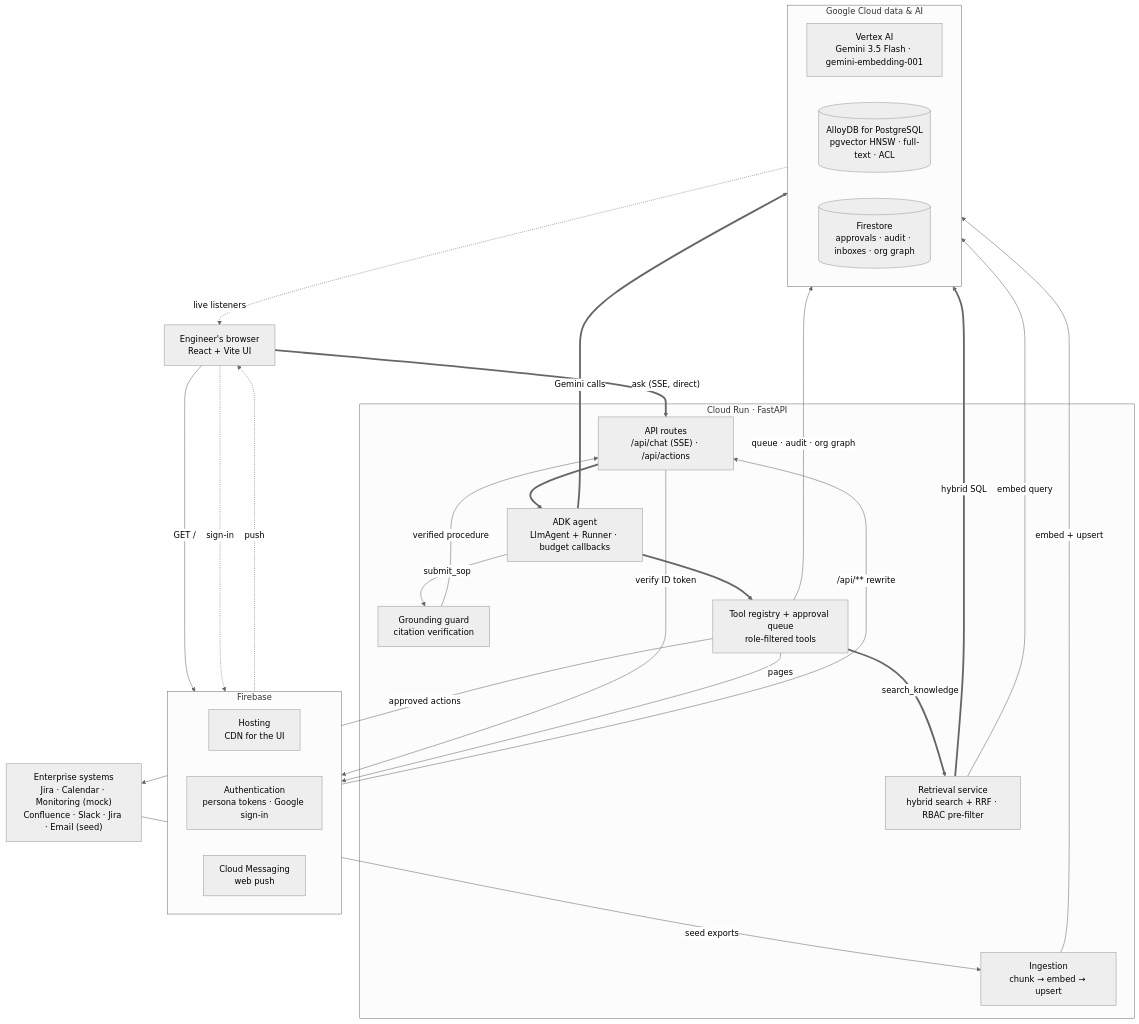
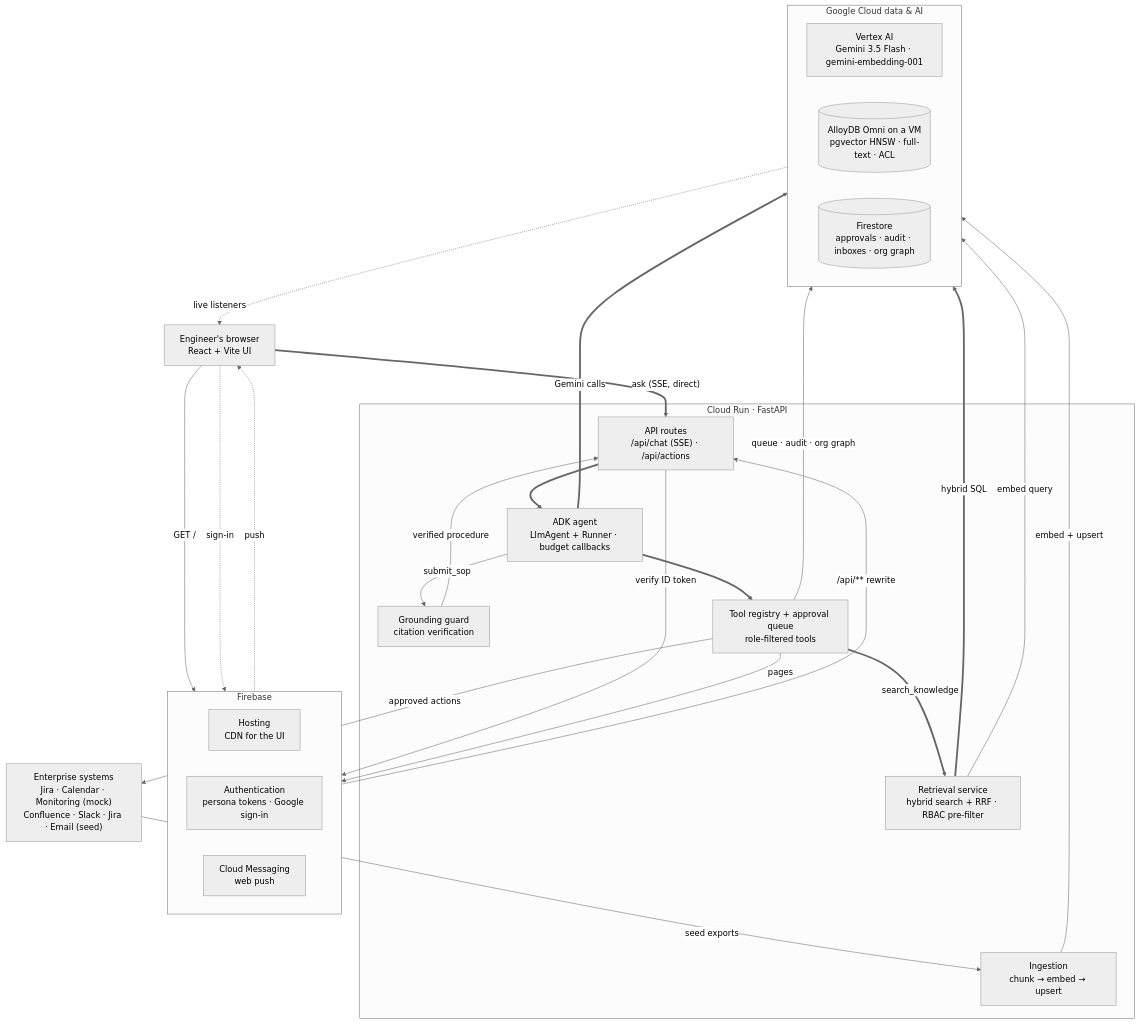
One commit to naveenam-dev/AIBuilderCupRepo changed the first of 2 diagrams in README.md. Above: the diagram before and after it, drawn with Mermaid (neutral theme). The commit also changed other lines of this file and 11 other files, not shown here.

First line of the commit message:
Move the knowledge store to AlloyDB Omni on a Compute Engine VM

````diff
--- a/README.md
+++ b/README.md
@@ -11,50 +11,50 @@
 ```mermaid
 flowchart TB
     U["Engineer's browser<br/>React + Vite UI"]
 
     subgraph FB["Firebase"]
         direction LR
         H["Hosting<br/>CDN for the UI"]
         AUTH["Authentication<br/>persona tokens · Google sign-in"]
         FCM["Cloud Messaging<br/>web push"]
     end
 
     subgraph CR["Cloud Run · FastAPI"]
         API["API routes<br/>/api/chat (SSE) · /api/actions"]
         AGENT["ADK agent<br/>LlmAgent + Runner · budget callbacks"]
         GUARD["Grounding guard<br/>citation verification"]
         TOOLS["Tool registry + approval queue<br/>role-filtered tools"]
         RET["Retrieval service<br/>hybrid search + RRF · RBAC pre-filter"]
         ING["Ingestion<br/>chunk → embed → upsert"]
     end
 
     subgraph DATA["Google Cloud data & AI"]
         direction LR
         VX["Vertex AI<br/>Gemini 3.5 Flash · gemini-embedding-001"]
-        ADB[("AlloyDB for PostgreSQL<br/>pgvector HNSW · full-text · ACL")]
+        ADB[("AlloyDB Omni on a VM<br/>pgvector HNSW · full-text · ACL")]
         FS[("Firestore<br/>approvals · audit · inboxes · org graph")]
     end
 
     EXT["Enterprise systems<br/>Jira · Calendar · Monitoring (mock)<br/>Confluence · Slack · Jira · Email (seed)"]
 
     U -- "GET /" --> H
     U -. "sign-in" .-> AUTH
     H -- "/api/** rewrite" --> API
     U == "ask (SSE, direct)" ==> API
     API -- "verify ID token" --> AUTH
     API ==> AGENT
     AGENT == "Gemini calls" ==> VX
     AGENT ==> TOOLS
     AGENT -- "submit_sop" --> GUARD
     GUARD -- "verified procedure" --> API
     TOOLS == "search_knowledge" ==> RET
     RET == "hybrid SQL" ==> ADB
     RET -- "embed query" --> VX
     TOOLS -- "queue · audit · org graph" --> FS
     TOOLS -- "pages" --> FCM
     TOOLS -- "approved actions" --> EXT
     EXT -- "seed exports" --> ING
     ING -- "embed + upsert" --> ADB
     FS -. "live listeners" .-> U
     FCM -. "push" .-> U
 ```
````
